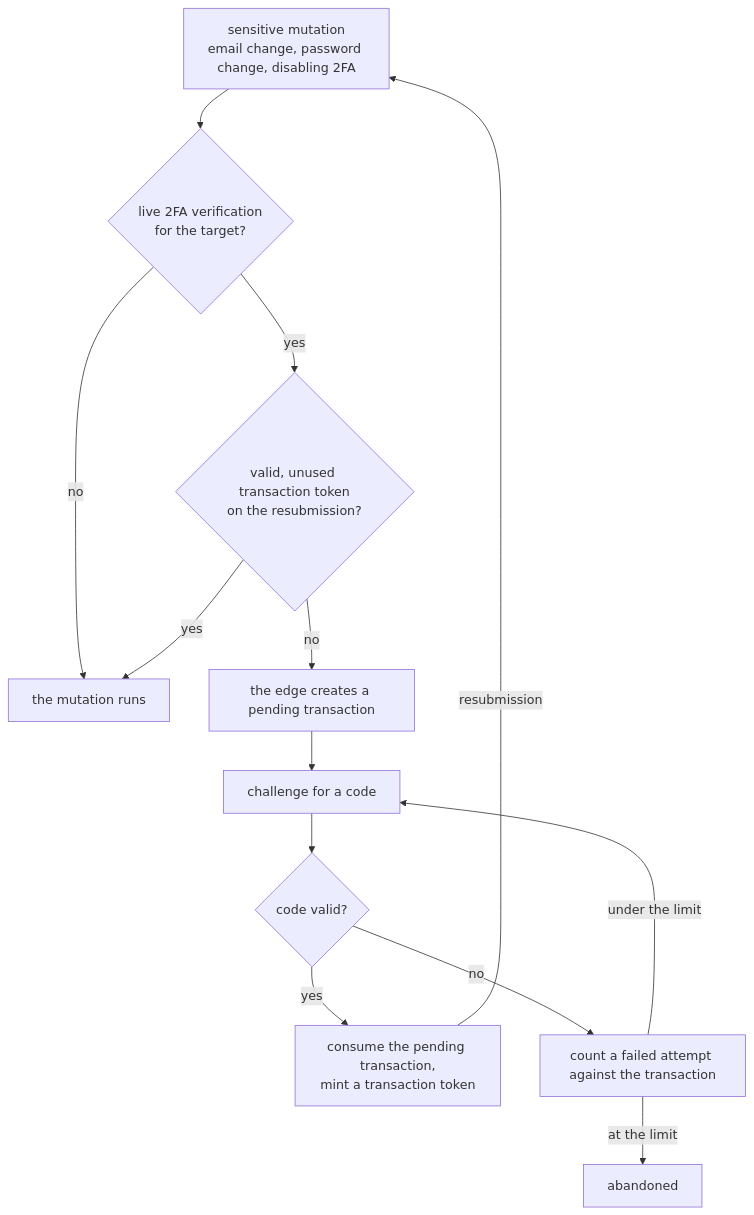
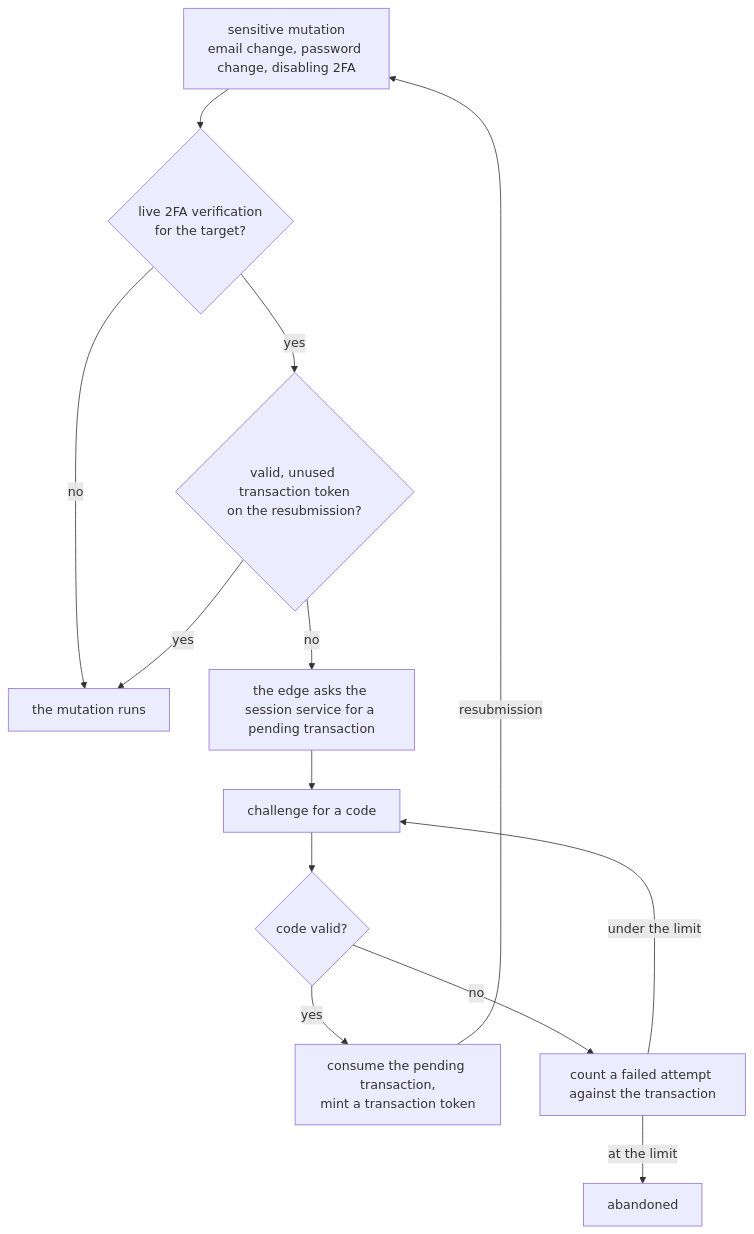
The second of 2 diagrams in docs/architecture/services/auth.md (zgeoff/vers), drawn with Mermaid before and after one commit. The commit also changed other lines of this file and 2 other files, not shown here.

Commit message:
docs: answer the bot findings on the new diagrams

````diff
--- a/docs/architecture/services/auth.md
+++ b/docs/architecture/services/auth.md
@@ -57,14 +57,14 @@
 ```mermaid
 flowchart TD
   M["sensitive mutation<br>email change, password change, disabling 2FA"] --> A{"live 2FA verification<br>for the target?"}
   A -->|no| R[the mutation runs]
   A -->|yes| T{"valid, unused transaction token<br>on the resubmission?"}
   T -->|yes| R
-  T -->|no| P[the edge creates a pending transaction]
+  T -->|no| P[the edge asks the session service for a pending transaction]
   P --> Q[challenge for a code]
   Q --> C{"code valid?"}
   C -->|yes| K["consume the pending transaction,<br>mint a transaction token"] -->|resubmission| M
   C -->|no| F[count a failed attempt against the transaction]
   F -->|under the limit| Q
   F -->|at the limit| X[abandoned]
 ```
````
